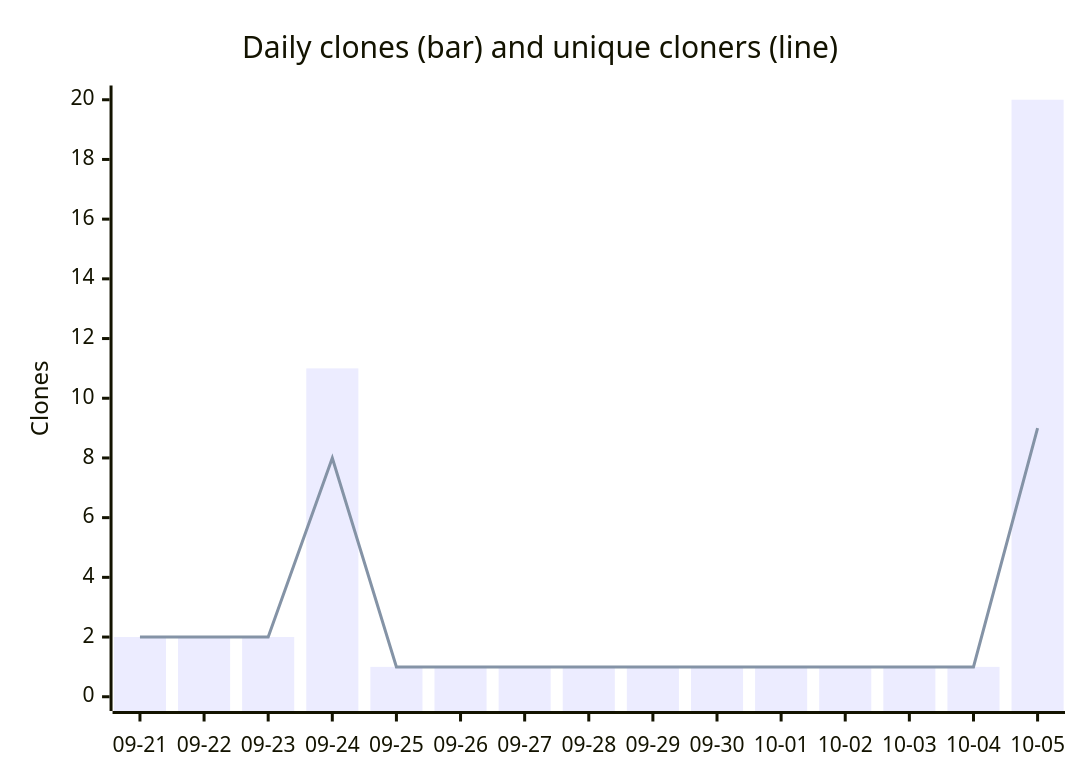
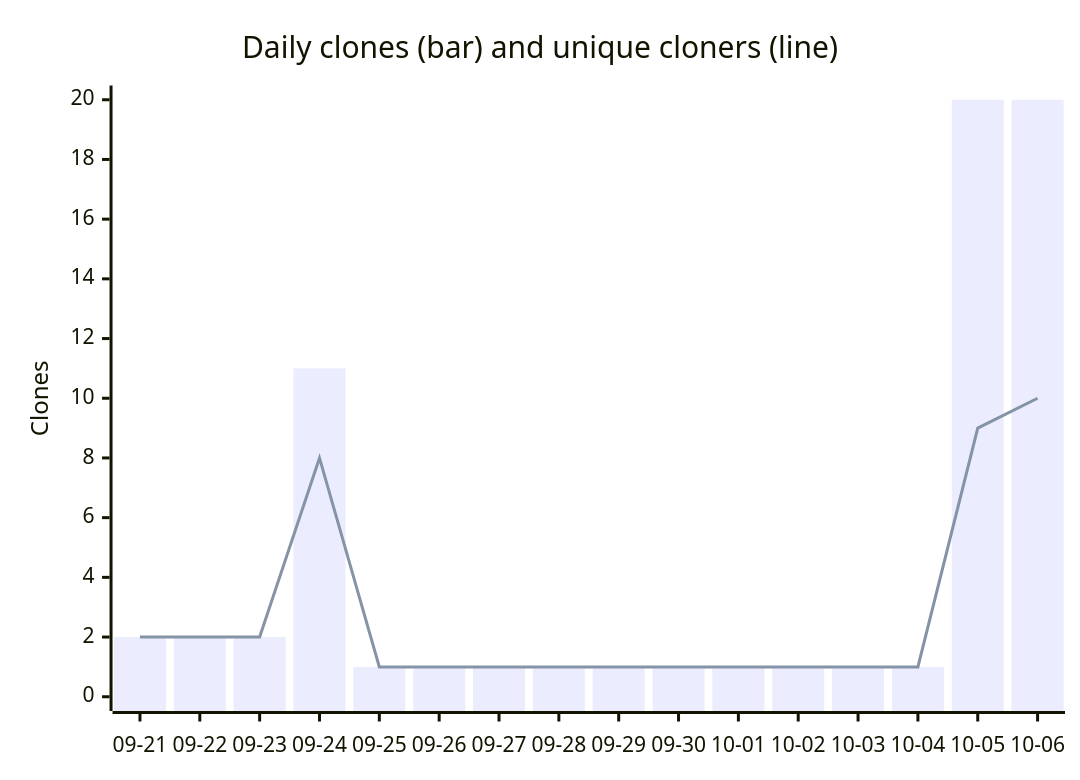
One commit to babson44/azure-vm-modernization-toolkit changed the second of 2 diagrams in metrics/DASHBOARD.md. Above: the diagram before and after it, drawn with Mermaid. The commit also changed other lines of this file and 2 other files, not shown here.

````diff
--- a/metrics/DASHBOARD.md
+++ b/metrics/DASHBOARD.md
@@ -29,8 +29,8 @@
 ```mermaid
 xychart-beta
     title "Daily clones (bar) and unique cloners (line)"
-    x-axis [09-21, 09-22, 09-23, 09-24, 09-25, 09-26, 09-27, 09-28, 09-29, 09-30, 10-01, 10-02, 10-03, 10-04, 10-05]
+    x-axis [09-21, 09-22, 09-23, 09-24, 09-25, 09-26, 09-27, 09-28, 09-29, 09-30, 10-01, 10-02, 10-03, 10-04, 10-05, 10-06]
     y-axis "Clones" 0 --> 20
-    bar [2, 2, 2, 11, 1, 1, 1, 1, 1, 1, 1, 1, 1, 1, 20]
-    line [2, 2, 2, 8, 1, 1, 1, 1, 1, 1, 1, 1, 1, 1, 9]
+    bar [2, 2, 2, 11, 1, 1, 1, 1, 1, 1, 1, 1, 1, 1, 20, 20]
+    line [2, 2, 2, 8, 1, 1, 1, 1, 1, 1, 1, 1, 1, 1, 9, 10]
 ```
````
